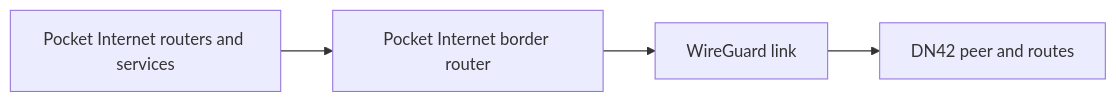
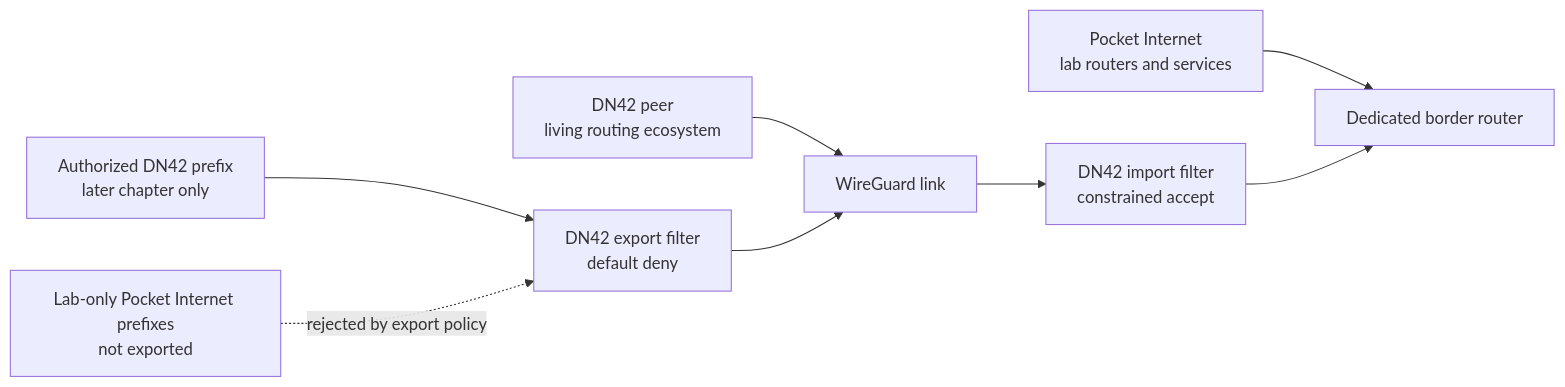
One commit to rysaunders/DN42_Networking_by_Experimenting changed the diagram in docs/pocket-internet-dn42-interconnect.md. Above: the diagram before and after it, drawn with Mermaid. The commit also changed other lines of this file and 5 other files, not shown here.

Commit message:
Add core Pocket Internet diagrams

````diff
--- a/docs/pocket-internet-dn42-interconnect.md
+++ b/docs/pocket-internet-dn42-interconnect.md
@@ -73,11 +73,19 @@
 ```mermaid
 flowchart LR
-  PI["Pocket Internet routers and services"]
-  BORDER["Pocket Internet border router"]
+  PI["Pocket Internet<br/>lab routers and services"]
+  BORDER["Dedicated border router"]
+  IMPORT["DN42 import filter<br/>constrained accept"]
+  EXPORT["DN42 export filter<br/>default deny"]
   WG["WireGuard link"]
-  DN42["DN42 peer and routes"]
+  DN42["DN42 peer<br/>living routing ecosystem"]
+  AUTH["Authorized DN42 prefix<br/>later chapter only"]
+  LAB["Lab-only Pocket Internet prefixes<br/>not exported"]
 
   PI --> BORDER
-  BORDER --> WG
-  WG --> DN42
+  DN42 --> WG
+  WG --> IMPORT
+  IMPORT --> BORDER
+  AUTH --> EXPORT
+  EXPORT --> WG
+  LAB -. "rejected by export policy" .-> EXPORT
 ```
````
